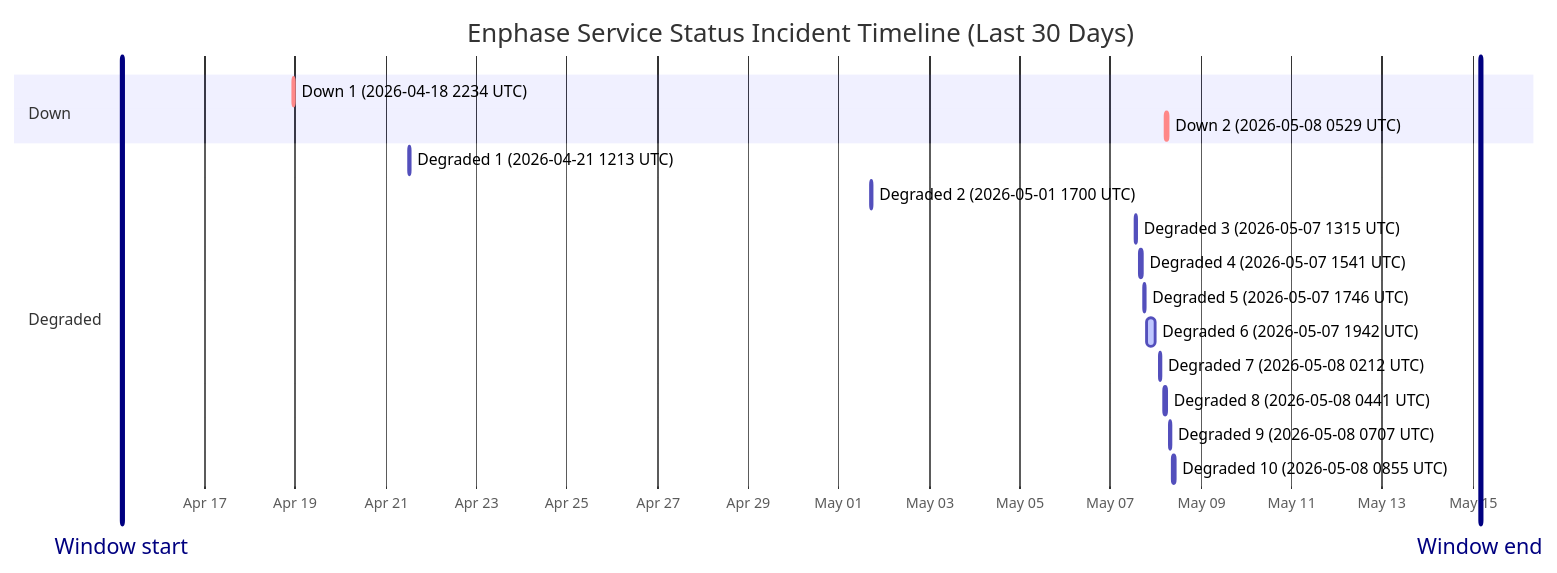
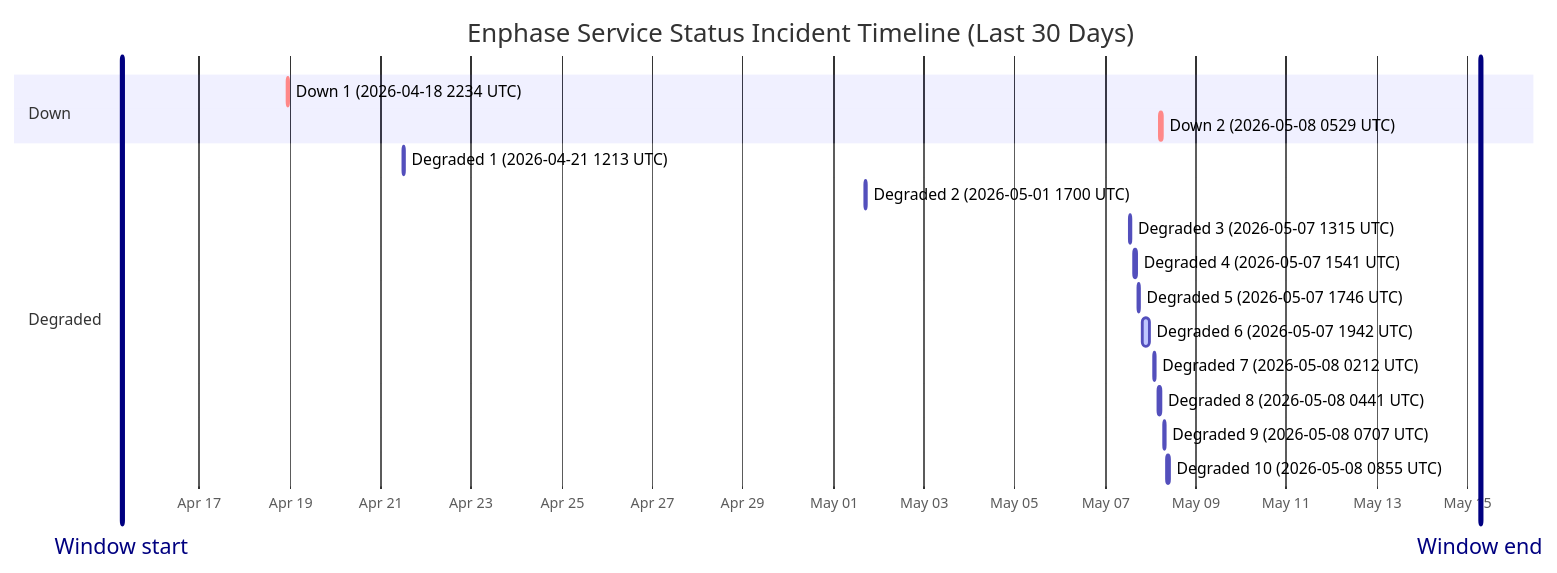
The diagram in wiki/Service-Status-History.md (barneyonline/ha-enphase-ev-charger), drawn with Mermaid before and after one commit. The commit also changed other lines of this file and 3 other files, not shown here.

````diff
--- a/wiki/Service-Status-History.md
+++ b/wiki/Service-Status-History.md
@@ -14,22 +14,22 @@
 ```mermaid
 gantt
     title Enphase Service Status Incident Timeline (Last 30 Days)
     dateFormat  YYYY-MM-DDTHH:mm:ss
     axisFormat  %b %d
-    Window start :vert, window-start, 2026-04-15T03:55:25, 0ms
-    Window end :vert, window-end, 2026-05-15T03:55:25, 0ms
+    Window start :vert, window-start, 2026-04-15T06:55:50, 0ms
+    Window end :vert, window-end, 2026-05-15T06:55:50, 0ms
     section Down
     Down 1 (2026-04-18 2234 UTC) :crit, down-1, 2026-04-18T22:34:13, 60m
     Down 2 (2026-05-08 0529 UTC) :crit, down-2, 2026-05-08T05:29:47, 60m
     section Degraded
     Degraded 1 (2026-04-21 1213 UTC) :active, degraded-1, 2026-04-21T12:13:11, 60m
     Degraded 2 (2026-05-01 1700 UTC) :active, degraded-2, 2026-05-01T17:00:22, 60m
     Degraded 3 (2026-05-07 1315 UTC) :active, degraded-3, 2026-05-07T13:15:25, 60m
     Degraded 4 (2026-05-07 1541 UTC) :active, degraded-4, 2026-05-07T15:41:58, 60m
     Degraded 5 (2026-05-07 1746 UTC) :active, degraded-5, 2026-05-07T17:46:51, 60m
     Degraded 6 (2026-05-07 1942 UTC) :active, degraded-6, 2026-05-07T19:42:10, 249m
     Degraded 7 (2026-05-08 0212 UTC) :active, degraded-7, 2026-05-08T02:12:39, 60m
     Degraded 8 (2026-05-08 0441 UTC) :active, degraded-8, 2026-05-08T04:41:46, 60m
     Degraded 9 (2026-05-08 0707 UTC) :active, degraded-9, 2026-05-08T07:07:30, 60m
     Degraded 10 (2026-05-08 0855 UTC) :active, degraded-10, 2026-05-08T08:55:20, 88m
 ```
````
